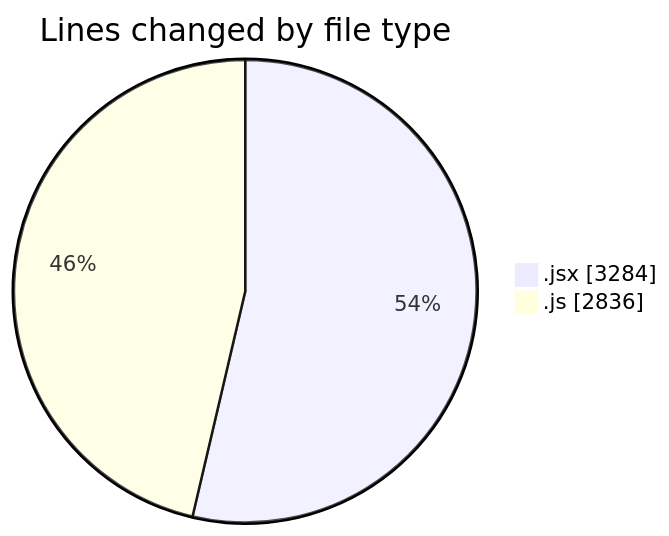
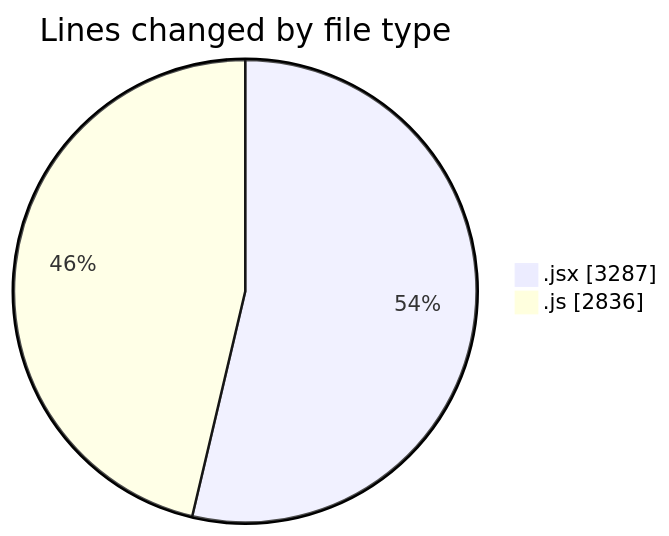
The first of 2 diagrams in 2025-09-23/nxtqube_webapp/README.md (nxtqubesakshisongat/code-tracking), drawn with Mermaid before and after one commit. The commit also changed other lines of this file and 1 other file, not shown here.

````diff
--- a/2025-09-23/nxtqube_webapp/README.md
+++ b/2025-09-23/nxtqube_webapp/README.md
@@ -23,6 +23,6 @@
 ```mermaid
 pie showData
 title Lines changed by file type
-".jsx" : 3284
+".jsx" : 3287
 ".js" : 2836
 ```
````
